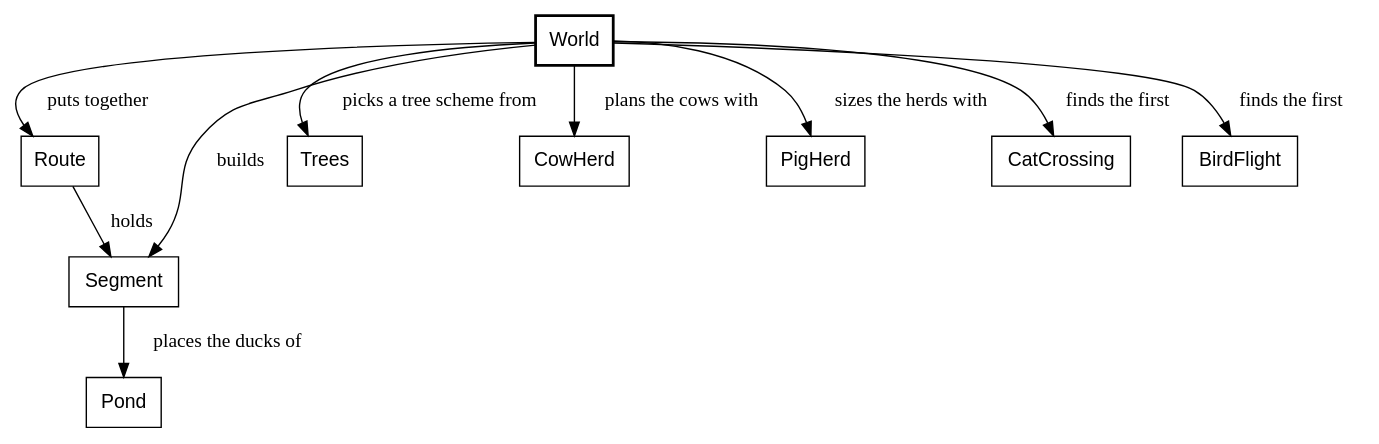
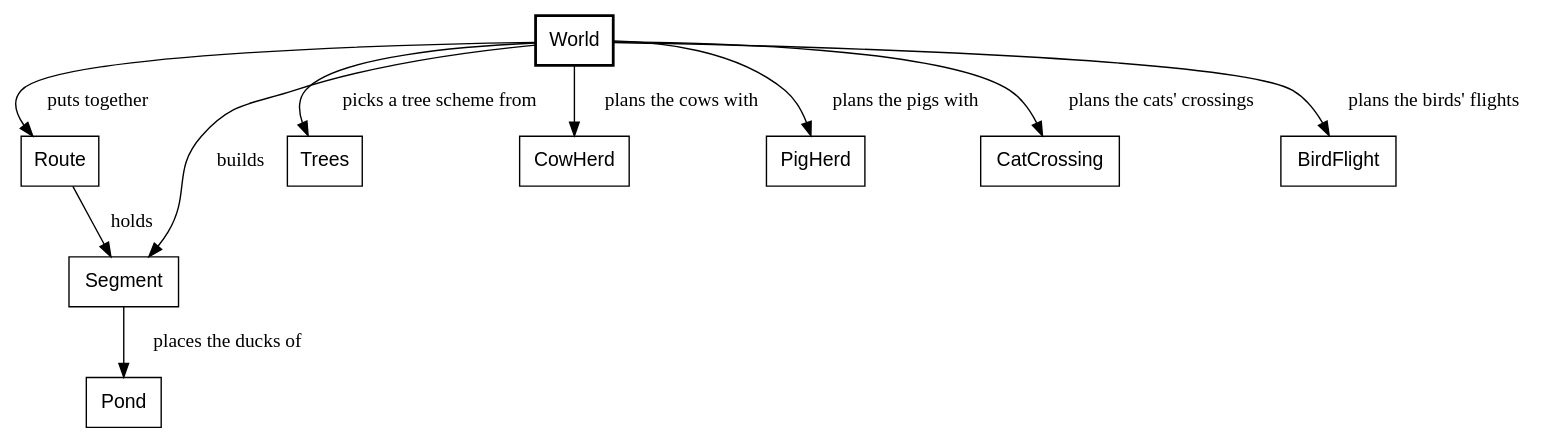
One commit to showell/roc-apps changed the fourth of 30 diagrams in canvas_apps/safari/tutorial/tutorial.md. Above: the diagram before and after it, drawn with Graphviz. The commit also changed other lines of this file, not shown here.

Commit message:
safari book: plainer labels on the first loop and the World diagram

````diff
--- a/canvas_apps/safari/tutorial/tutorial.md
+++ b/canvas_apps/safari/tutorial/tutorial.md
@@ -206,15 +206,15 @@
 ```dot
 digraph world {
   node [shape=box, fontname="Helvetica"];
   World [style=bold];
   World -> Route [label="  puts together"];
   World -> Segment [label="  builds"];
   World -> Trees [label="  picks a tree scheme from"];
   World -> CowHerd [label="  plans the cows with"];
-  World -> PigHerd [label="  sizes the herds with"];
-  World -> CatCrossing [label="  finds the first"];
-  World -> BirdFlight [label="  finds the first"];
+  World -> PigHerd [label="  plans the pigs with"];
+  World -> CatCrossing [label="  plans the cats' crossings"];
+  World -> BirdFlight [label="  plans the birds' flights"];
   Route -> Segment [label="  holds"];
   Segment -> Pond [label="  places the ducks of"];
 }
 ```
````
